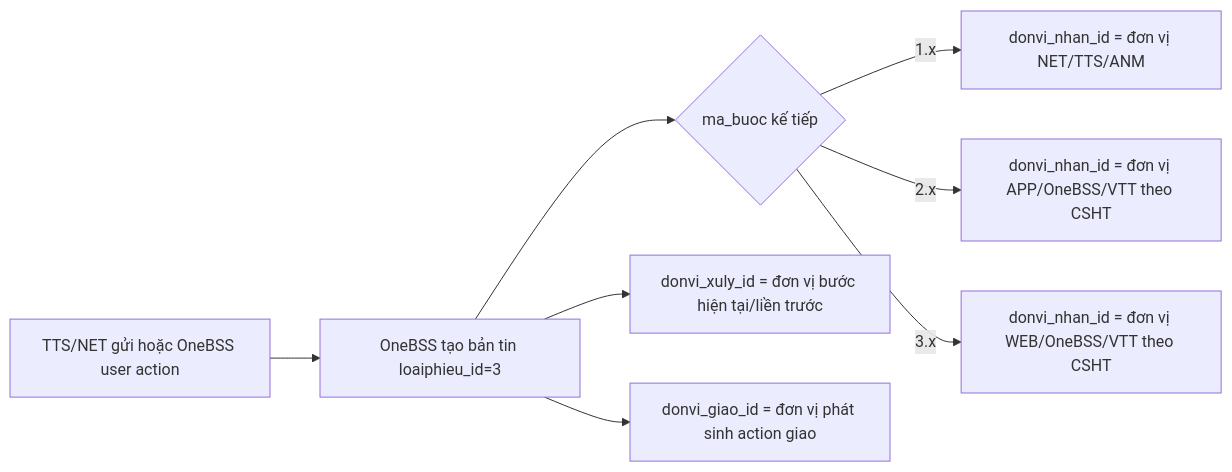
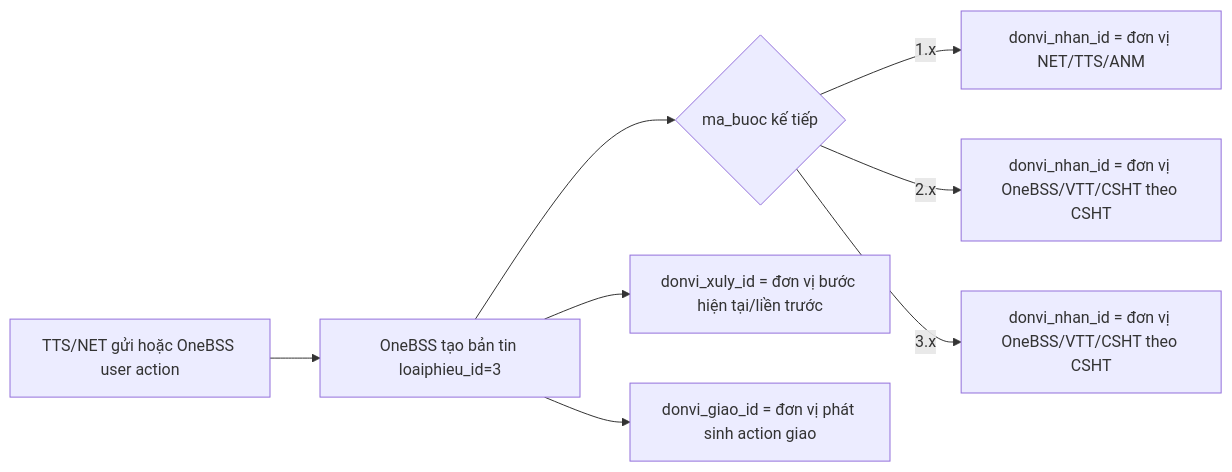
Before and after one commit to lqdinh/tts_bss_messaging: the diagram in 05_NET_DEV_PROTOCOL_LOAIPHIEU_ID_3.md, drawn with Mermaid. The commit also changed other lines of this file, not shown here.

````diff
--- a/05_NET_DEV_PROTOCOL_LOAIPHIEU_ID_3.md
+++ b/05_NET_DEV_PROTOCOL_LOAIPHIEU_ID_3.md
@@ -70,10 +72,10 @@
 ```mermaid
 flowchart LR
     A[TTS/NET gửi hoặc OneBSS user action] --> B[OneBSS tạo bản tin loaiphieu_id=3]
     B --> C{ma_buoc kế tiếp}
     C -->|1.x| D[donvi_nhan_id = đơn vị NET/TTS/ANM]
-    C -->|2.x| E[donvi_nhan_id = đơn vị APP/OneBSS/VTT theo CSHT]
-    C -->|3.x| F[donvi_nhan_id = đơn vị WEB/OneBSS/VTT theo CSHT]
+    C -->|2.x| E[donvi_nhan_id = đơn vị OneBSS/VTT/CSHT theo CSHT]
+    C -->|3.x| F[donvi_nhan_id = đơn vị OneBSS/VTT/CSHT theo CSHT]
     B --> G[donvi_xuly_id = đơn vị bước hiện tại/liền trước]
     B --> H[donvi_giao_id = đơn vị phát sinh action giao]
 ```
````
